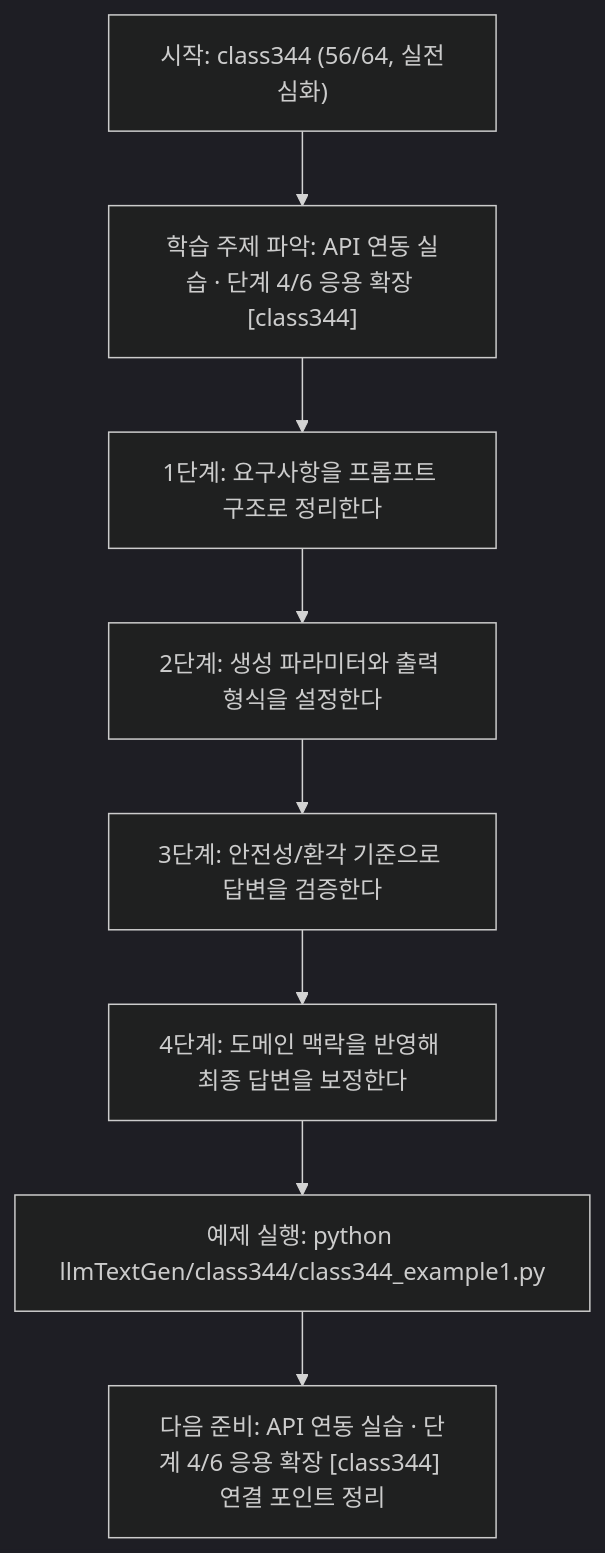
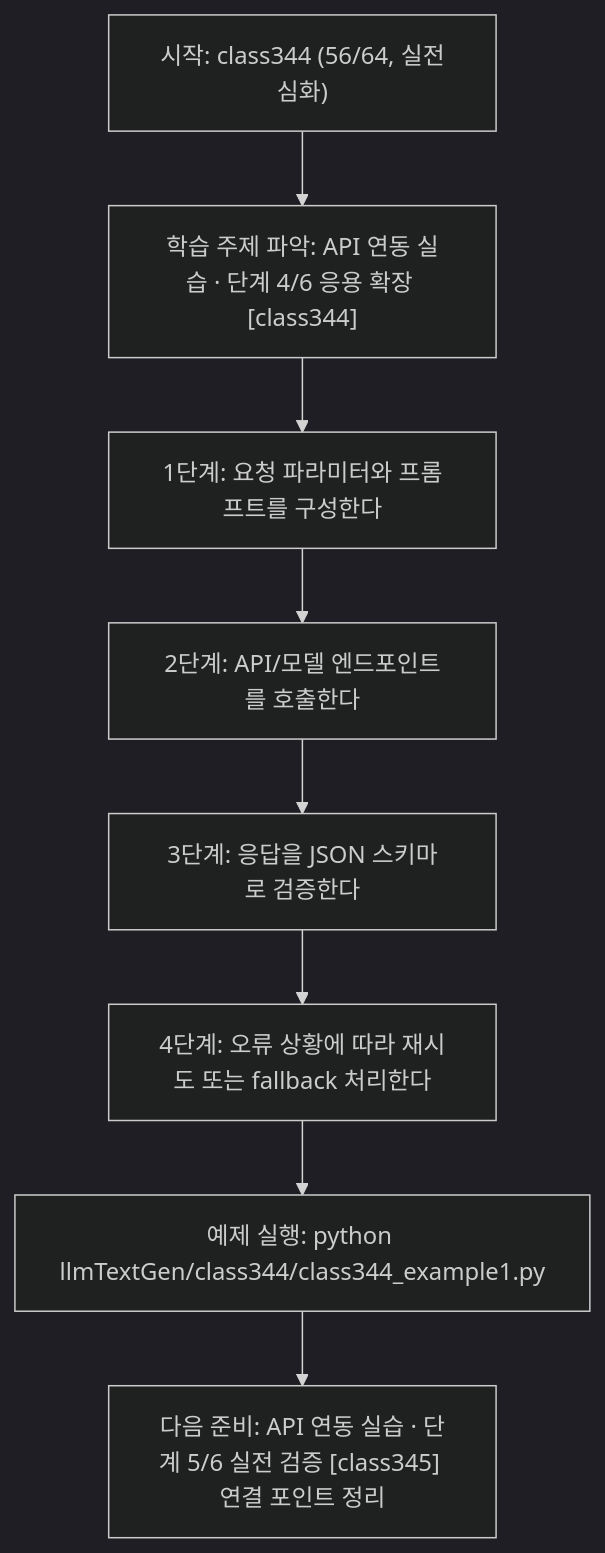
Before and after one commit to edumgt/Python-AI_Agent-Class: the diagram in llmTextGen/class344/class344.md, drawn with Mermaid (dark theme). The commit also changed other lines of this file and 451 other files, not shown here.

````diff
--- a/llmTextGen/class344/class344.md
+++ b/llmTextGen/class344/class344.md
@@ -114,18 +95,18 @@
 ```mermaid
 flowchart TD
 N1["시작: class344 (56/64, 실전심화)"]
 N2["학습 주제 파악: API 연동 실습 · 단계 4/6 응용 확장 [class344]"]
-N3["1단계: 요구사항을 프롬프트 구조로 정리한다"]
-N4["2단계: 생성 파라미터와 출력 형식을 설정한다"]
-N5["3단계: 안전성/환각 기준으로 답변을 검증한다"]
-N6["4단계: 도메인 맥락을 반영해 최종 답변을 보정한다"]
+N3["1단계: 요청 파라미터와 프롬프트를 구성한다"]
+N4["2단계: API/모델 엔드포인트를 호출한다"]
+N5["3단계: 응답을 JSON 스키마로 검증한다"]
+N6["4단계: 오류 상황에 따라 재시도 또는 fallback 처리한다"]
 N7["예제 실행: python llmTextGen/class344/class344_example1.py"]
-N8["다음 준비: API 연동 실습 · 단계 4/6 응용 확장 [class344] 연결 포인트 정리"]
+N8["다음 준비: API 연동 실습 · 단계 5/6 실전 검증 [class345] 연결 포인트 정리"]
 N1 --> N2
 N2 --> N3
 N3 --> N4
 N4 --> N5
 N5 --> N6
 N6 --> N7
 N7 --> N8
 ```
````
